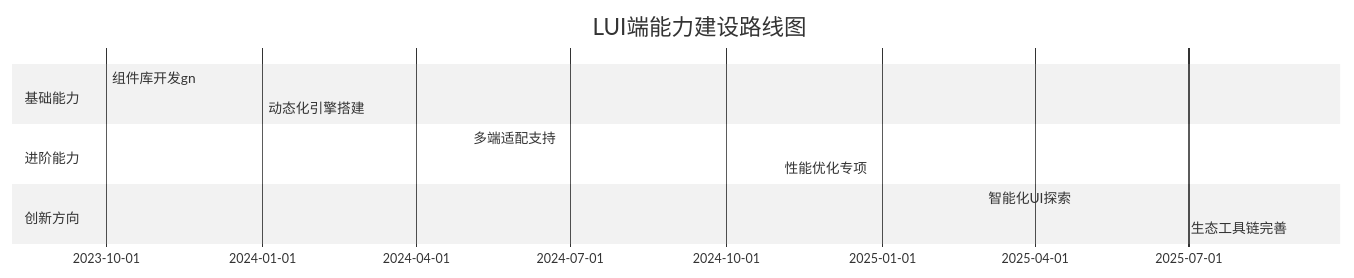
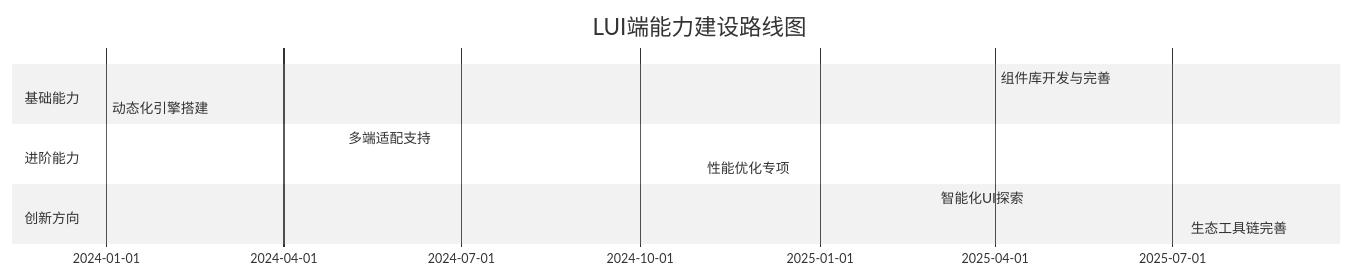
The diagram in all/未命名-3.md (githubjiao/iodraw-files), drawn with Mermaid (neutral theme) before and after one commit.

Commit message:
2025-03-04 14:10:29 update

````diff
--- a/all/未命名-3.md
+++ b/all/未命名-3.md
@@ -1,14 +1,14 @@
 ```mermaid
 gantt
     title LUI端能力建设路线图
     dateFormat  YYYY-MM
     section 基础能力
-    组件库开发gn       :2023-10, 3m
+    组件库开发与完善       :2025-4, 3m
     动态化引擎搭建   :2024-01, 4m
     section 进阶能力
     多端适配支持     :2024-05, 6m
     性能优化专项     :2024-11, 4m
     section 创新方向
     智能化UI探索     :2025-03, 6m
     生态工具链完善   :2025-09, 6m
 ```
````
